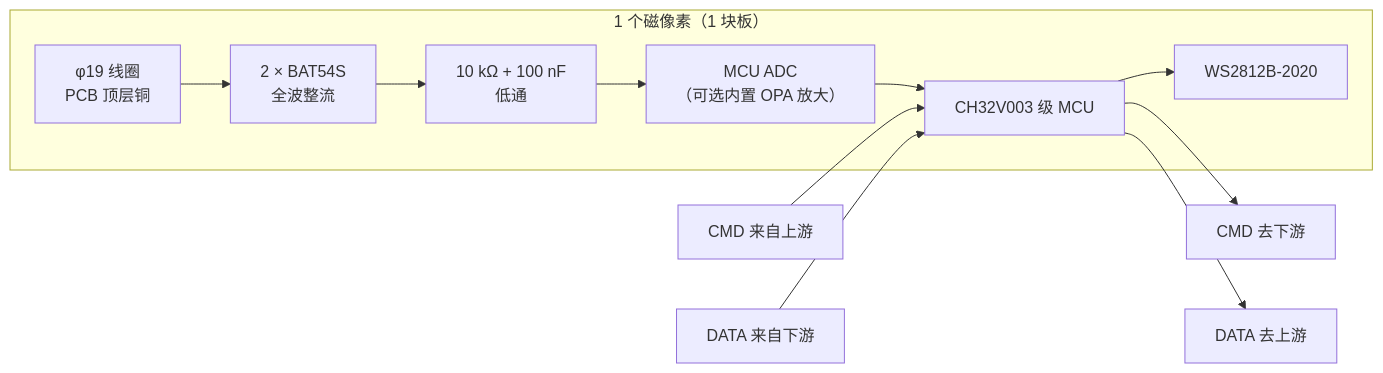
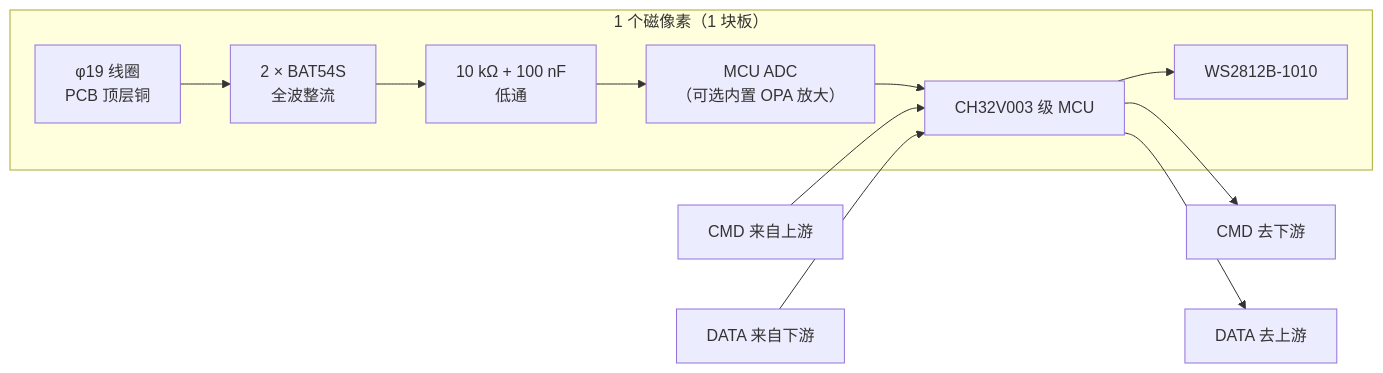
The diagram in hardware/pixel/README.md (langhua/AuroraTessellation-NFC), drawn with Mermaid before and after one commit. The commit also changed other lines of this file and 3 other files, not shown here.

First line of the commit message:
pixel 板：MCU 定回 QFN20（CH32V003F4U6）、总线统一三线半双工、LED 改 1010

````diff
--- a/hardware/pixel/README.md
+++ b/hardware/pixel/README.md
@@ -31,14 +31,14 @@
 ```mermaid
 flowchart LR
     subgraph PIX["1 个磁像素（1 块板）"]
         COIL["φ19 线圈<br/>PCB 顶层铜"] --> BR["2 × BAT54S<br/>全波整流"]
         BR --> RC["10 kΩ + 100 nF<br/>低通"]
         RC --> ADC["MCU ADC<br/>（可选内置 OPA 放大）"]
         ADC --> MCU["CH32V003 级 MCU"]
-        MCU --> LED["WS2812B-2020"]
+        MCU --> LED["WS2812B-1010"]
     end
     CMDIN["CMD 来自上游"] --> MCU
     MCU --> CMDOUT["CMD 去下游"]
     UPIN["DATA 来自下游"] --> MCU
     MCU --> UPOUT["DATA 去上游"]
 ```
````
